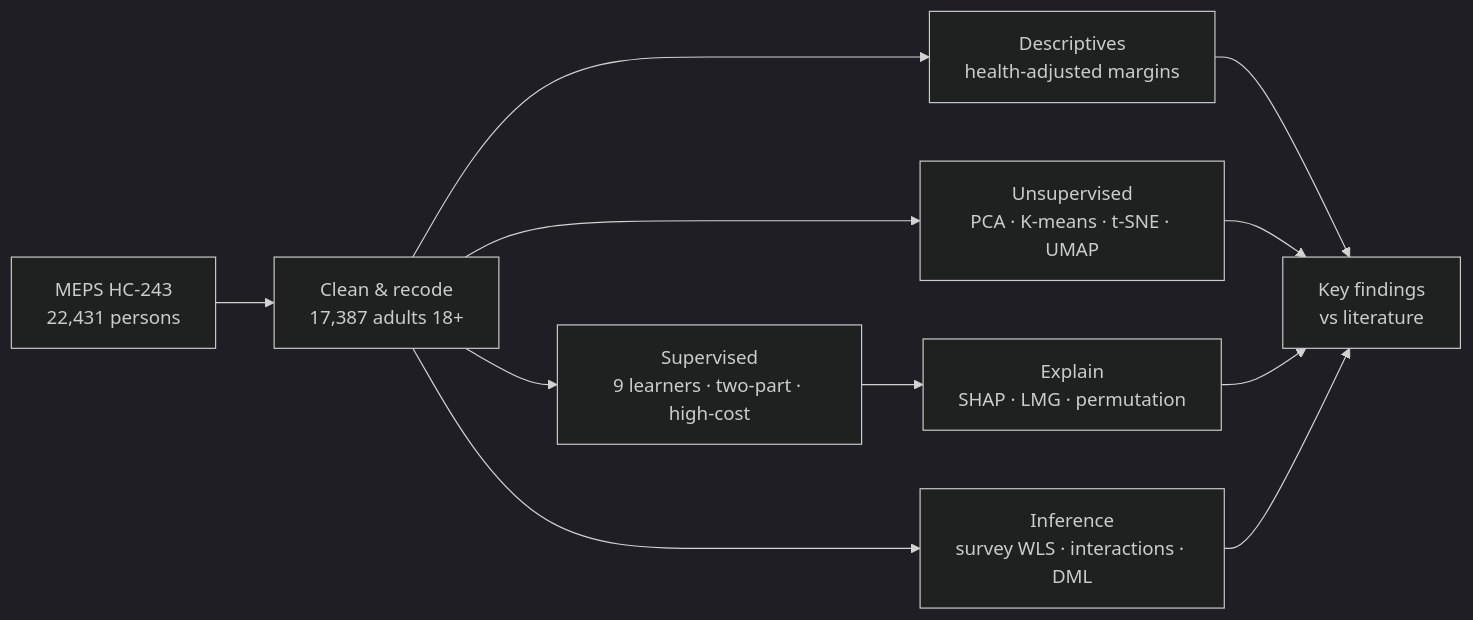
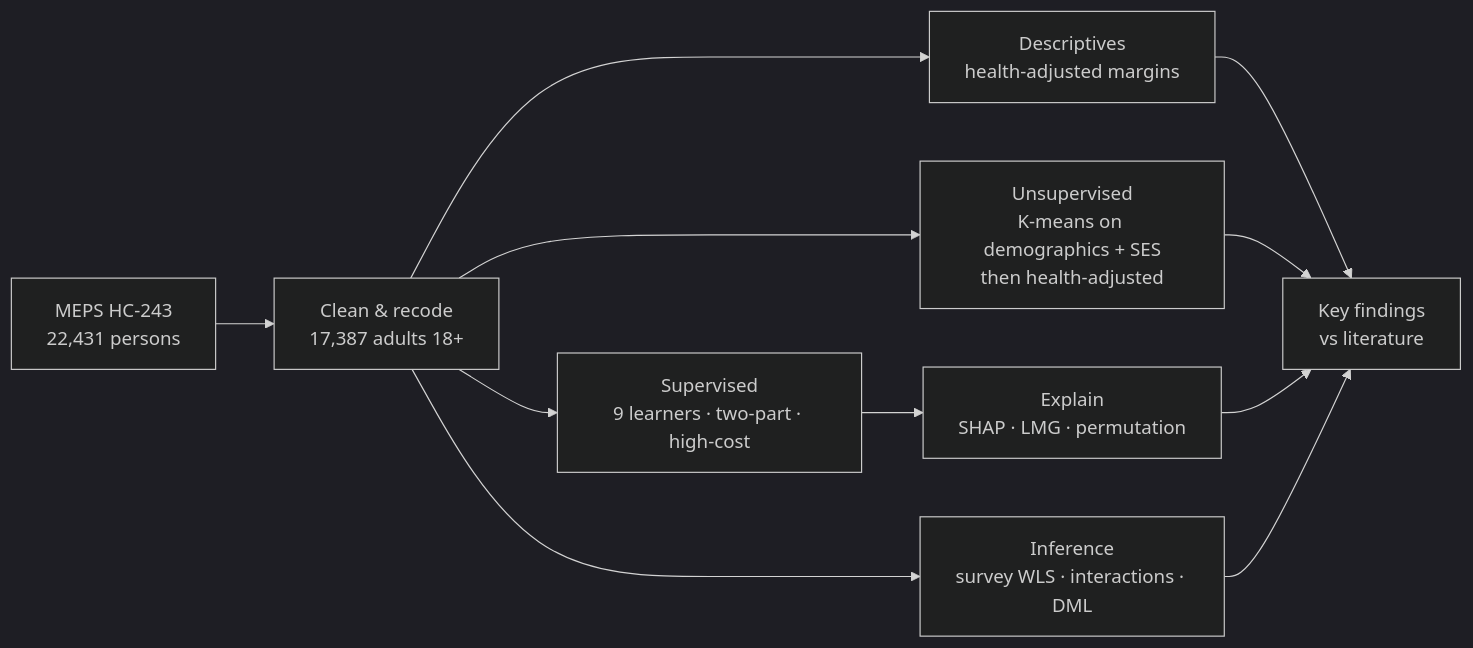
One commit to esmomin-2/demographics_health_expenditures_analysis changed the diagram in README.md. Above: the diagram before and after it, drawn with Mermaid (dark theme). The commit also changed other lines of this file and 42 other files, not shown here.

Commit message:
Treat access to care as SES; cluster on demographics + SES only, add health-adjusted profile spending; keep health-inclusive clustering as robustness

````diff
--- a/README.md
+++ b/README.md
@@ -65,10 +65,10 @@
 ```mermaid
 flowchart LR
     A[MEPS HC-243<br/>22,431 persons] --> B[Clean & recode<br/>17,387 adults 18+]
     B --> C[Descriptives<br/>health-adjusted margins]
-    B --> D[Unsupervised<br/>PCA · K-means · t-SNE · UMAP]
+    B --> D[Unsupervised<br/>K-means on demographics + SES<br/>then health-adjusted]
     B --> E[Supervised<br/>9 learners · two-part · high-cost]
     E --> F[Explain<br/>SHAP · LMG · permutation]
     B --> G[Inference<br/>survey WLS · interactions · DML]
     C & D & F & G --> H[Key findings<br/>vs literature]
 ```
````
